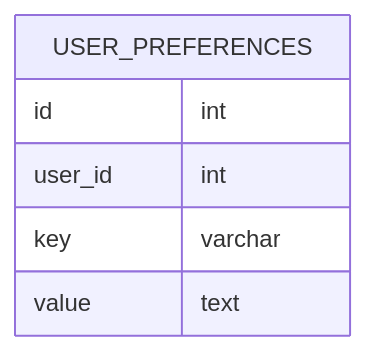
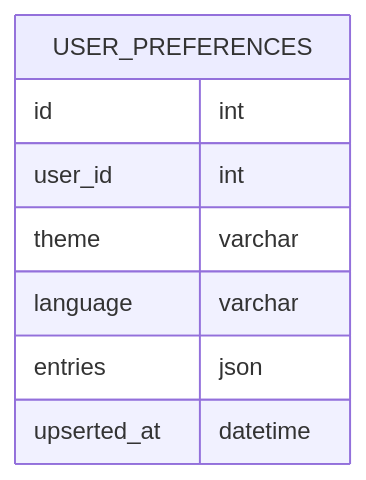
One commit to prulloac/fineasy changed the fourth of 5 diagrams in docs/SCHEMA.md. Above: the diagram before and after it, drawn with Mermaid. The commit also changed other lines of this file and 13 other files, not shown here.

````diff
--- a/docs/SCHEMA.md
+++ b/docs/SCHEMA.md
@@ -209,11 +209,13 @@
 ```mermaid
 
 erDiagram
     USER_PREFERENCES {
         id int
         user_id int
-        key varchar
-        value text
+        theme varchar
+        language varchar
+        entries json
+        upserted_at datetime
     }
 
 ```
````
